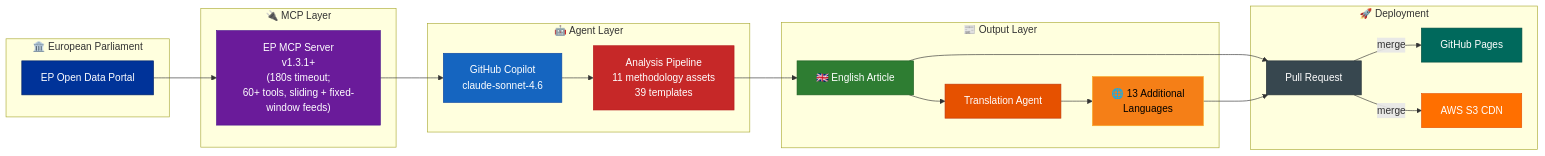
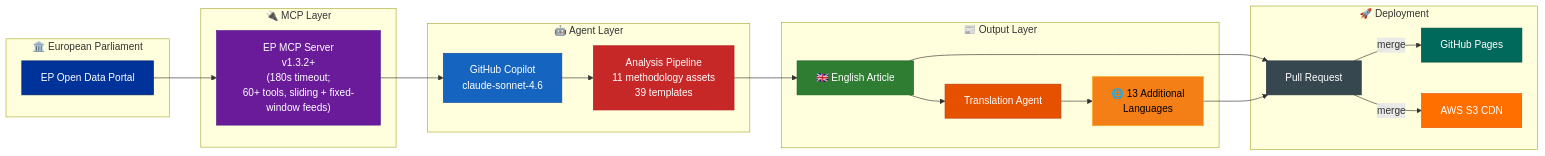
Before and after one commit to Hack23/euparliamentmonitor: diagram 22 of 22 in WORKFLOWS.md, drawn with Mermaid. The commit also changed other lines of this file and 49 other files, not shown here.

First line of the commit message:
docs: bump european-parliament-mcp-server pin to 1.3.2 across workflows, MCP clients, tests, and docs

````diff
--- a/WORKFLOWS.md
+++ b/WORKFLOWS.md
@@ -2155,42 +2155,42 @@
 ```mermaid
 flowchart LR
     subgraph "🏛️ European Parliament"
         EP["EP Open Data Portal"]
     end
 
     subgraph "🔌 MCP Layer"
-        MCP["EP MCP Server<br/>v1.3.1+<br/>(180s timeout;<br/>60+ tools, sliding + fixed-window feeds)"]
+        MCP["EP MCP Server<br/>v1.3.2+<br/>(180s timeout;<br/>60+ tools, sliding + fixed-window feeds)"]
     end
 
     subgraph "🤖 Agent Layer"
         Agent["GitHub Copilot<br/>claude-sonnet-4.6"]
         Analyze["Analysis Pipeline<br/>11 methodology assets<br/>39 templates"]
     end
 
     subgraph "📰 Output Layer"
         EN["🇬🇧 English Article"]
         Translate["Translation Agent"]
         Multi["🌐 13 Additional<br/>Languages"]
     end
 
     subgraph "🚀 Deployment"
         PR["Pull Request"]
         Pages["GitHub Pages"]
         S3["AWS S3 CDN"]
     end
 
     EP --> MCP --> Agent --> Analyze --> EN --> PR
     EN --> Translate --> Multi --> PR
     PR --> |"merge"| Pages & S3
 
     style EP fill:#003399,stroke:#002266,color:#FFFFFF
     style MCP fill:#6A1B9A,stroke:#4A148C,color:#FFFFFF
     style Agent fill:#1565C0,stroke:#0D47A1,color:#FFFFFF
     style Analyze fill:#C62828,stroke:#B71C1C,color:#FFFFFF
     style EN fill:#2E7D32,stroke:#1B5E20,color:#FFFFFF
     style Translate fill:#E65100,stroke:#BF360C,color:#FFFFFF
     style Multi fill:#F57F17,stroke:#F9A825,color:#000000
     style PR fill:#37474F,stroke:#263238,color:#FFFFFF
     style Pages fill:#00695C,stroke:#004D40,color:#FFFFFF
     style S3 fill:#FF6F00,stroke:#E65100,color:#FFFFFF
 ```
````
